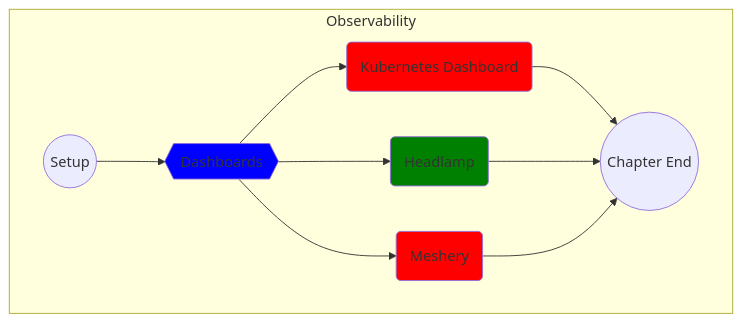
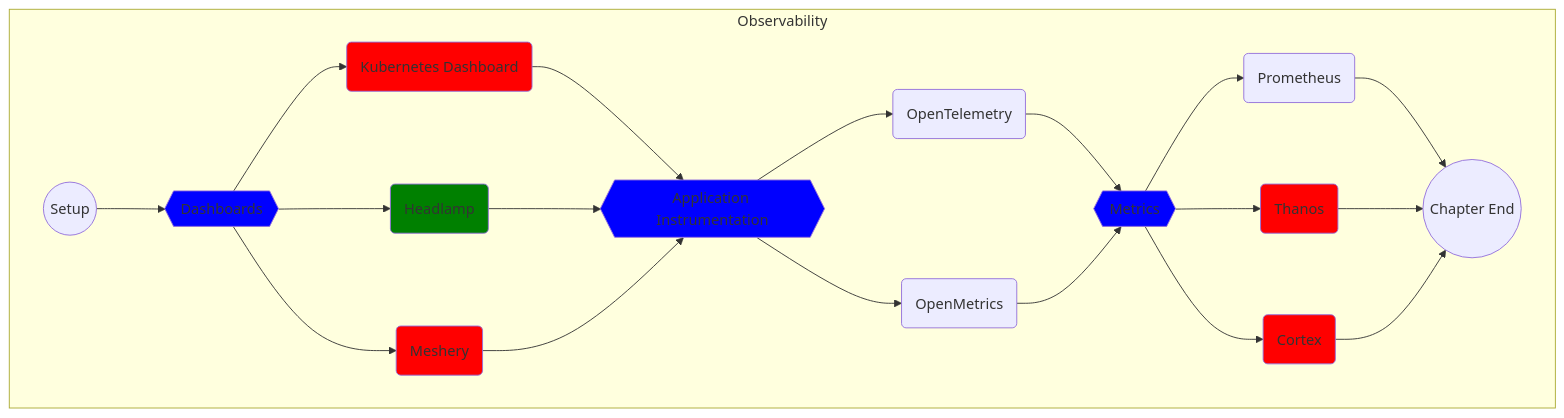
Before and after one commit to vfarcic/cncf-demo: the fifth of 5 diagrams in README.md, drawn with Mermaid. The commit also changed 6 other files, not shown here.

````diff
--- a/README.md
+++ b/README.md
@@ -579,31 +579,57 @@
 ```mermaid
 flowchart TD
 
     subgraph Observability
 
         %% -----------
         %% -- Setup --
         %% -----------
         setup-observability((Setup))
         click setup-observability "https://github.com/vfarcic/cncf-demo/blob/main/manuscript/setup/observability.md"
         setup-observability --> dashboards
         
         %% ----------------
         %% -- Dashboards --
         %% ----------------
         dashboards{{Dashboards}}
         click dashboards "https://github.com/vfarcic/cncf-demo/blob/main/manuscript/dashboards/README.md"
         style dashboards fill:blue
         kubernetes-dashboard(Kubernetes Dashboard)
         style kubernetes-dashboard fill:red
         headlamp(Headlamp)
         click headlamp "https://github.com/vfarcic/cncf-demo/blob/main/manuscript/dashboards/headlamp.md"
         style headlamp fill:green
         meshery(Meshery)
         style meshery fill:red
-        dashboards --> kubernetes-dashboard & headlamp & meshery --> done
+        dashboards --> kubernetes-dashboard & headlamp & meshery --> instrumentation
+
+        %% ------------------------------------
+        %% -- Instrumenting Application Code --
+        %% ------------------------------------
+        instrumentation{{Application Instrumentation}}
+        click instrumentation "https://github.com/vfarcic/cncf-demo/blob/main/manuscript/exposition-formats/README.md"
+        style instrumentation fill:blue
+        open-telemetry(OpenTelemetry)
+        click open-telemetry "https://github.com/vfarcic/cncf-demo/blob/main/manuscript/exposition-formats/opentelemetry.md"
+        open-metrics(OpenMetrics)
+        click open-metrics "https://github.com/vfarcic/cncf-demo/blob/main/manuscript/exposition-formats/openmetrics.md"
+        instrumentation --> open-telemetry & open-metrics --> metrics
+
+        %% -------------
+        %% -- Metrics --
+        %% -------------
+        metrics{{Metrics}}
+        click metrics "https://github.com/vfarcic/cncf-demo/blob/main/manuscript/metrics/README.md"
+        style metrics fill:blue
+        metrics-prometheus(Prometheus)
+        click metrics-prometheus "https://github.com/vfarcic/cncf-demo/blob/main/manuscript/metrics/prometheus.md"
+        metrics-thanos(Thanos)
+        style metrics-thanos fill:red
+        cortex(Cortex)
+        style cortex fill:red
+        metrics --> metrics-prometheus & metrics-thanos & cortex --> done
 
         done((Chapter End))
 
     end
 ```
````
